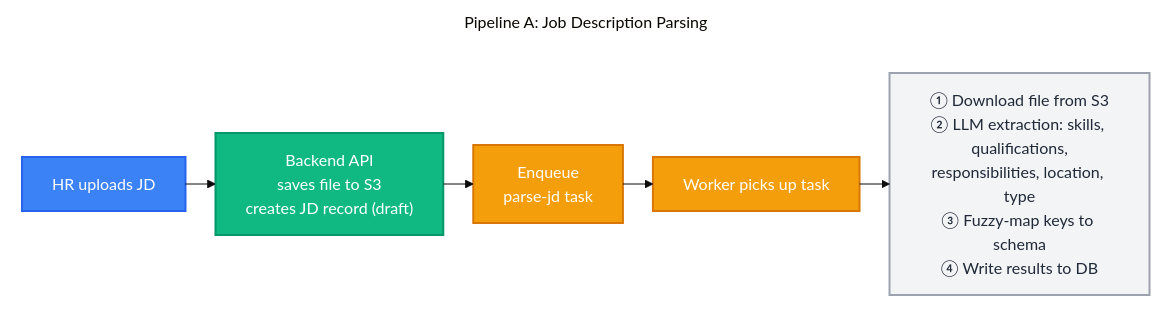
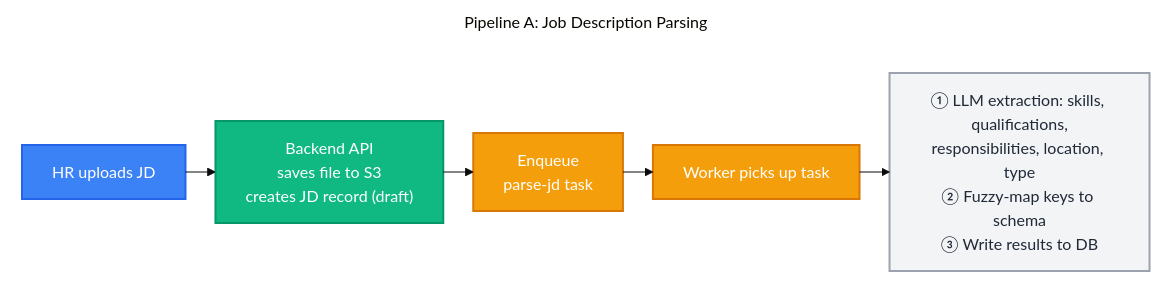
The first of 3 diagrams in docs/architecture/AI_PROCESSING.md (joshsoftware/EZScreen), drawn with Mermaid (base theme) before and after one commit. The commit also changed other lines of this file and 2 other files, not shown here.

Commit message:
docs: create prompt evaluation report and update AI processing architecture documentation

````diff
--- a/docs/architecture/AI_PROCESSING.md
+++ b/docs/architecture/AI_PROCESSING.md
@@ -24,31 +25,31 @@
 ```mermaid
 ---
 config:
   layout: elk
 ---
 flowchart LR
  subgraph PA["Pipeline A: Job Description Parsing"]
     direction LR
         PA1["HR uploads JD"]
         PA2["Backend API<br>saves file to S3<br>creates JD record (draft)"]
         PA3["Enqueue<br>parse-jd task"]
         PA4["Worker picks up task"]
-        PA5["① Download file from S3<br>② LLM extraction: skills, qualifications,<br>responsibilities, location, type<br>③ Fuzzy-map keys to schema<br>④ Write results to DB"]
+        PA5["① LLM extraction: skills, qualifications,<br>responsibilities, location, type<br>② Fuzzy-map keys to schema<br>③ Write results to DB"]
   end
     PA1 --> PA2
     PA2 --> PA3
     PA3 --> PA4
     PA4 --> PA5
 
      PA1:::actor
      PA2:::backend
      PA3:::queue
      PA4:::queue
      PA5:::process
     classDef actor fill:#3b82f6,stroke:#2563eb,stroke-width:2px,color:white
     classDef backend fill:#10b981,stroke:#059669,stroke-width:2px,color:white
     classDef queue fill:#f59e0b,stroke:#d97706,stroke-width:2px,color:white
     classDef ai fill:#8b5cf6,stroke:#7c3aed,stroke-width:2px,color:white
     classDef process fill:#f3f4f6,stroke:#9ca3af,stroke-width:2px,color:#1f2937
     style PA fill:transparent,stroke:transparent,stroke-width:2px,stroke-dasharray: 5 5
 ```
````
